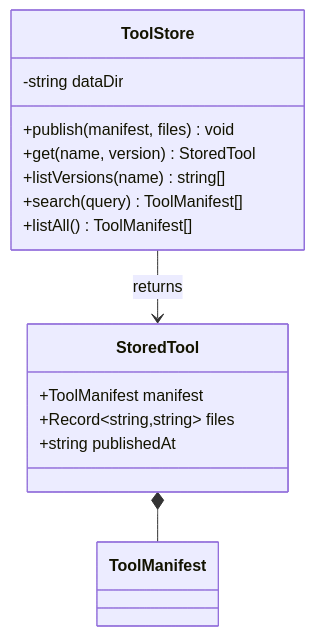
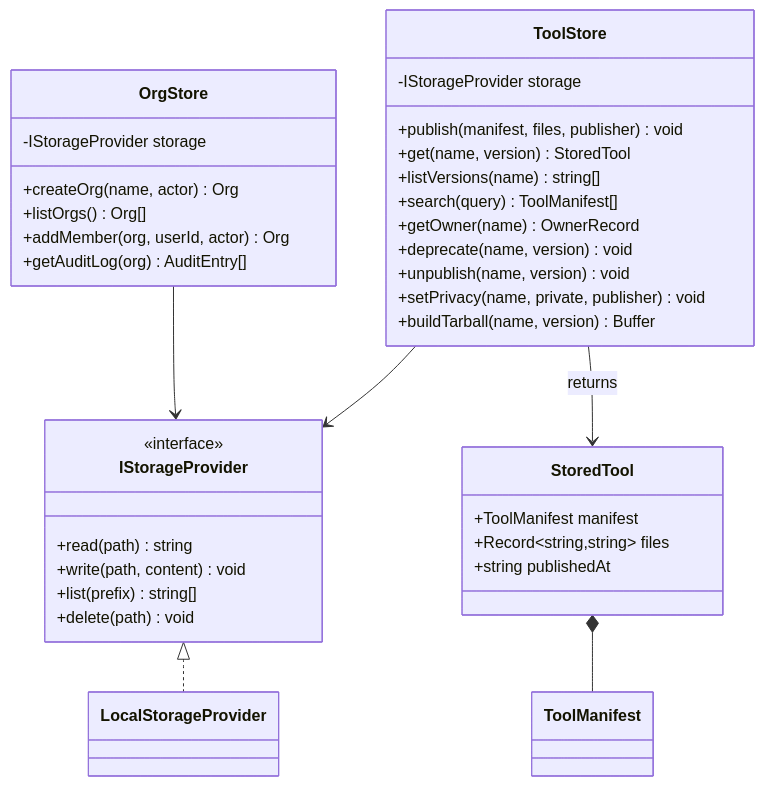
The fifth of 6 diagrams in docs/design/data-model.md (bitgenetics/aitools), drawn with Mermaid before and after one commit. The commit also changed other lines of this file and 13 other files, not shown here.

````diff
--- a/docs/design/data-model.md
+++ b/docs/design/data-model.md
@@ -217,20 +226,43 @@
 ```mermaid
 classDiagram
+    class IStorageProvider {
+        <<interface>>
+        +read(path) string
+        +write(path, content) void
+        +list(prefix) string[]
+        +delete(path) void
+    }
+
     class ToolStore {
-        -string dataDir
-        +publish(manifest, files) void
+        -IStorageProvider storage
+        +publish(manifest, files, publisher) void
         +get(name, version) StoredTool
         +listVersions(name) string[]
         +search(query) ToolManifest[]
-        +listAll() ToolManifest[]
+        +getOwner(name) OwnerRecord
+        +deprecate(name, version) void
+        +unpublish(name, version) void
+        +setPrivacy(name, private, publisher) void
+        +buildTarball(name, version) Buffer
+    }
+
+    class OrgStore {
+        -IStorageProvider storage
+        +createOrg(name, actor) Org
+        +listOrgs() Org[]
+        +addMember(org, userId, actor) Org
+        +getAuditLog(org) AuditEntry[]
     }
 
     class StoredTool {
         +ToolManifest manifest
         +Record~string,string~ files
         +string publishedAt
     }
 
+    IStorageProvider <|.. LocalStorageProvider
+    ToolStore --> IStorageProvider
+    OrgStore --> IStorageProvider
     ToolStore --> StoredTool : returns
     StoredTool *-- ToolManifest
 ```
````
